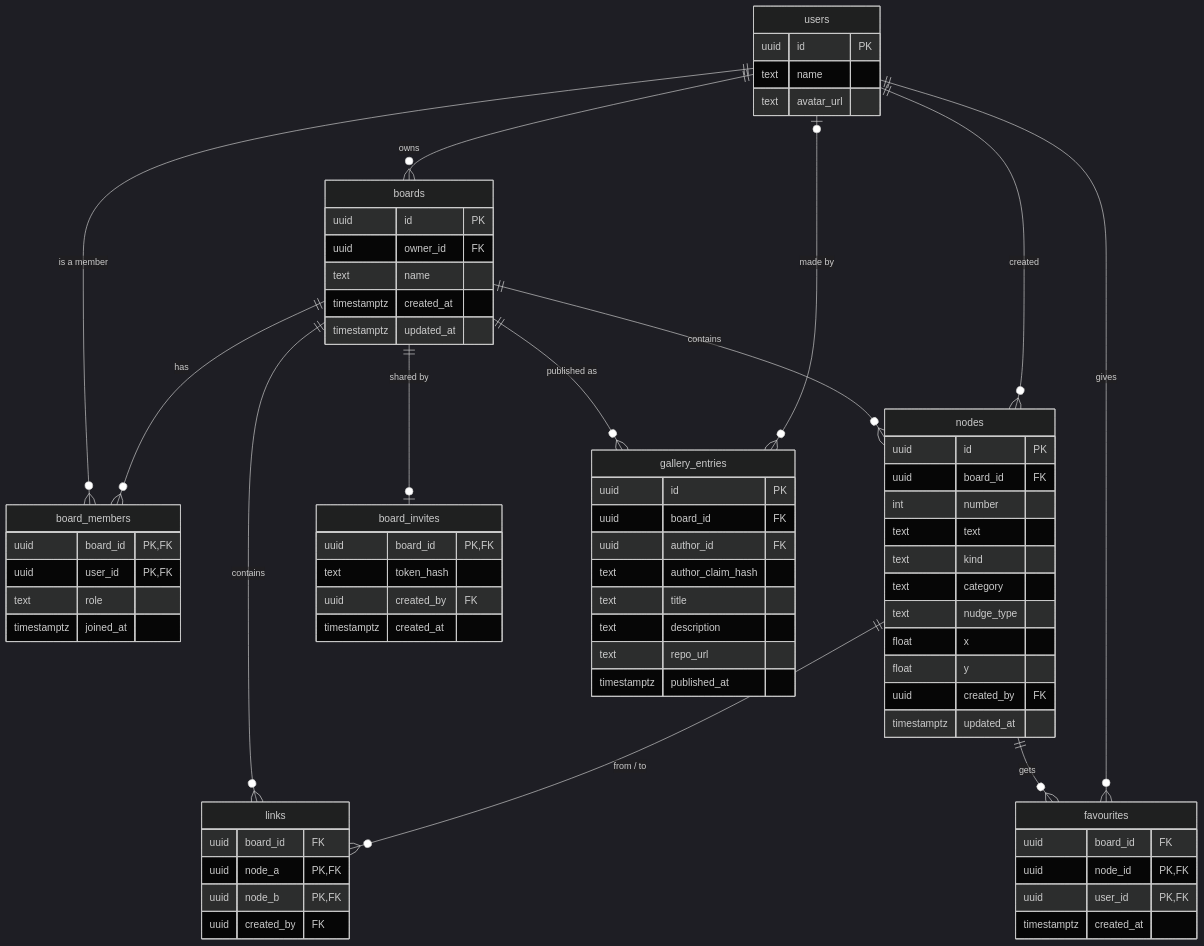
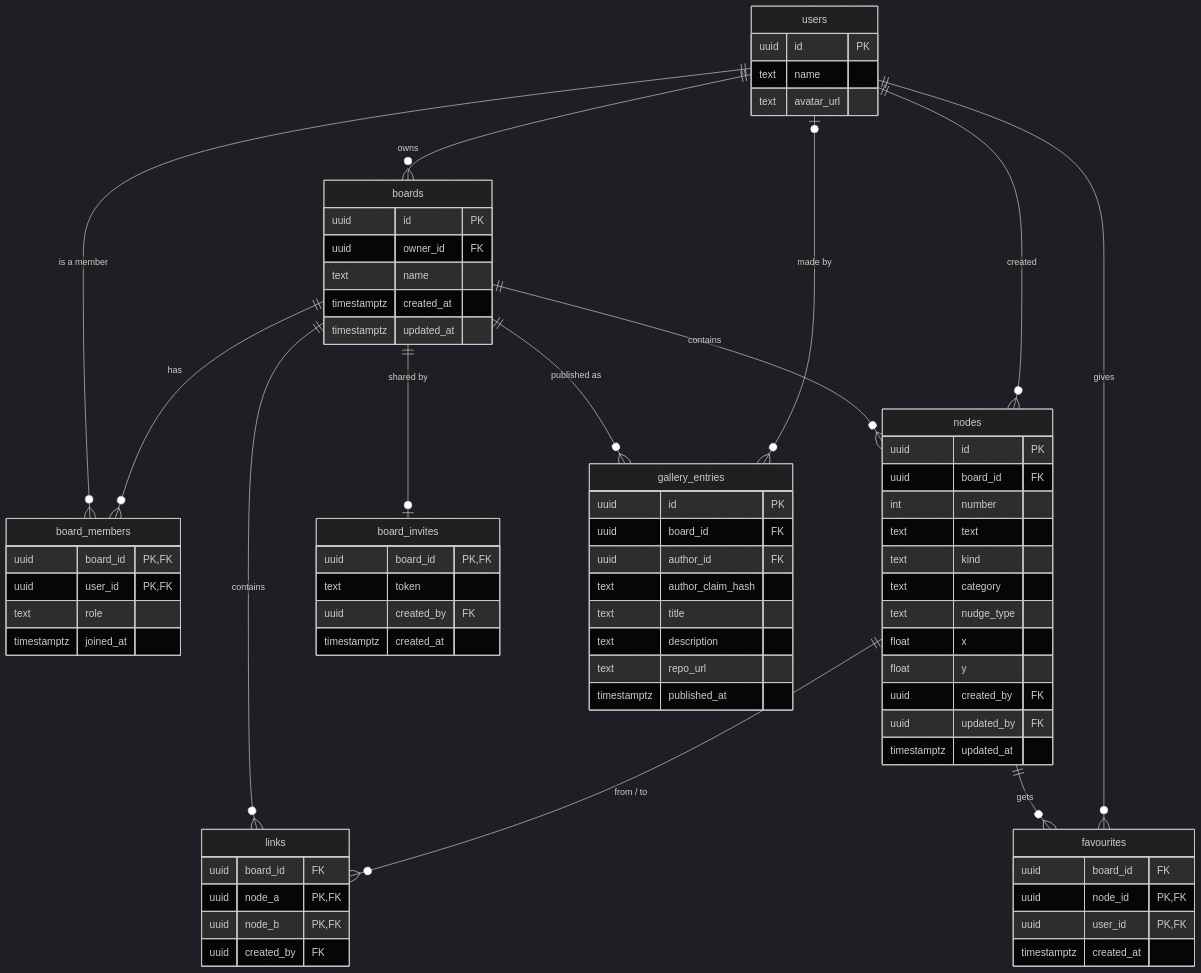
The diagram in docs/database.md (jtbinith/floppy-thoughts), drawn with Mermaid (dark theme) before and after one commit. The commit also changed other lines of this file and 19 other files, not shown here.

````diff
--- a/docs/database.md
+++ b/docs/database.md
@@ -21,75 +23,76 @@
 ```mermaid
 erDiagram
   users ||--o{ boards : owns
   users ||--o{ board_members : "is a member"
   boards ||--o{ board_members : has
   boards ||--o{ nodes : contains
   boards ||--o{ links : contains
   nodes ||--o{ links : "from / to"
   nodes ||--o{ favourites : gets
   users ||--o{ favourites : gives
   boards ||--o| board_invites : "shared by"
   users ||--o{ nodes : "created"
   boards ||--o{ gallery_entries : "published as"
   users |o--o{ gallery_entries : "made by"
 
   users {
     uuid id PK
     text name
     text avatar_url
   }
   boards {
     uuid id PK
     uuid owner_id FK
     text name
     timestamptz created_at
     timestamptz updated_at
   }
   board_members {
     uuid board_id PK, FK
     uuid user_id PK, FK
     text role
     timestamptz joined_at
   }
   nodes {
     uuid id PK
     uuid board_id FK
     int number
     text text
     text kind
     text category
     text nudge_type
     float x
     float y
     uuid created_by FK
+    uuid updated_by FK
     timestamptz updated_at
   }
   links {
     uuid board_id FK
     uuid node_a PK, FK
     uuid node_b PK, FK
     uuid created_by FK
   }
   favourites {
     uuid board_id FK
     uuid node_id PK, FK
     uuid user_id PK, FK
     timestamptz created_at
   }
   board_invites {
     uuid board_id PK, FK
-    text token_hash
+    text token
     uuid created_by FK
     timestamptz created_at
   }
   gallery_entries {
     uuid id PK
     uuid board_id FK
     uuid author_id FK
     text author_claim_hash
     text title
     text description
     text repo_url
     timestamptz published_at
   }
 ```
````
